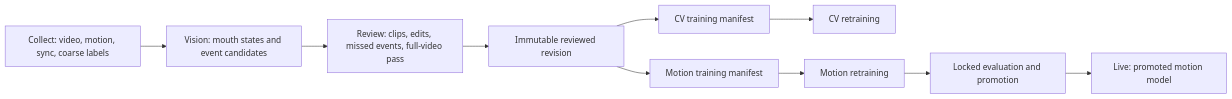
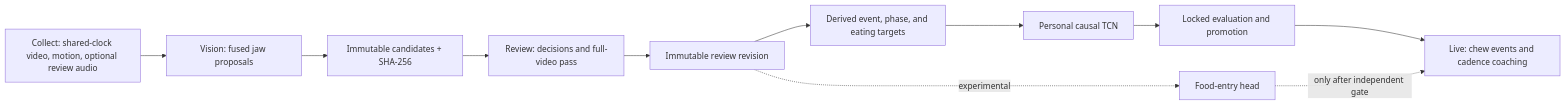
The diagram in docs/ARCHITECTURE.md (ZSturman/Chew-Sense), drawn with Mermaid before and after one commit. The commit also changed other lines of this file and 184 other files, not shown here.

````diff
--- a/docs/ARCHITECTURE.md
+++ b/docs/ARCHITECTURE.md
@@ -6,12 +6,13 @@
 ```mermaid
 flowchart LR
-    A["Collect: video, motion, sync, coarse labels"] --> B["Vision: mouth states and event candidates"]
-    B --> C["Review: clips, edits, missed events, full-video pass"]
-    C --> D["Immutable reviewed revision"]
-    D --> E["CV training manifest"]
-    D --> F["Motion training manifest"]
-    E --> G["CV retraining"]
-    F --> H["Motion retraining"]
-    H --> I["Locked evaluation and promotion"]
-    I --> J["Live: promoted motion model"]
+    A["Collect: shared-clock video, motion, optional review audio"] --> B["Vision: fused jaw proposals"]
+    B --> C["Immutable candidates + SHA-256"]
+    C --> D["Review: decisions and full-video pass"]
+    D --> E["Immutable review revision"]
+    E --> F["Derived event, phase, and eating targets"]
+    F --> G["Personal causal TCN"]
+    G --> H["Locked evaluation and promotion"]
+    H --> I["Live: chew events and cadence coaching"]
+    E -. "experimental" .-> J["Food-entry head"]
+    J -. "only after independent gate" .-> I
 ```
````
